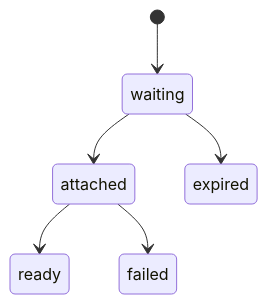
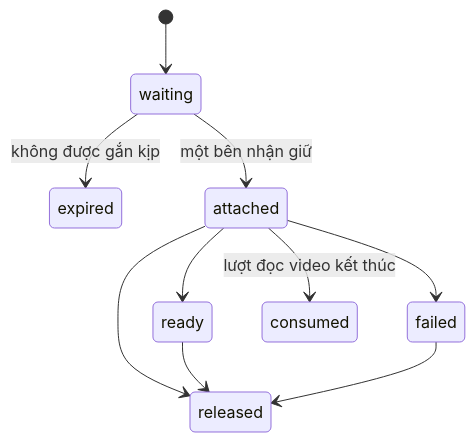
One commit to shopnexus/docs changed the diagram in web/src/content/docs/vi/architecture/media.mdx. Above: the diagram before and after it, drawn with Mermaid. The commit also changed other lines of this file and 105 other files, not shown here.

````diff
--- a/web/src/content/docs/vi/architecture/media.mdx
+++ b/web/src/content/docs/vi/architecture/media.mdx
@@ -22,8 +27,12 @@
 ```mermaid title="Trạng thái upload"
 stateDiagram-v2
   [*] --> waiting
-  waiting --> attached
-  waiting --> expired
+  waiting --> expired: không được gắn kịp
+  waiting --> attached: một bên nhận giữ
   attached --> ready
   attached --> failed
+  attached --> consumed: lượt đọc video kết thúc
+  attached --> released
+  ready --> released
+  failed --> released
 ```
````
